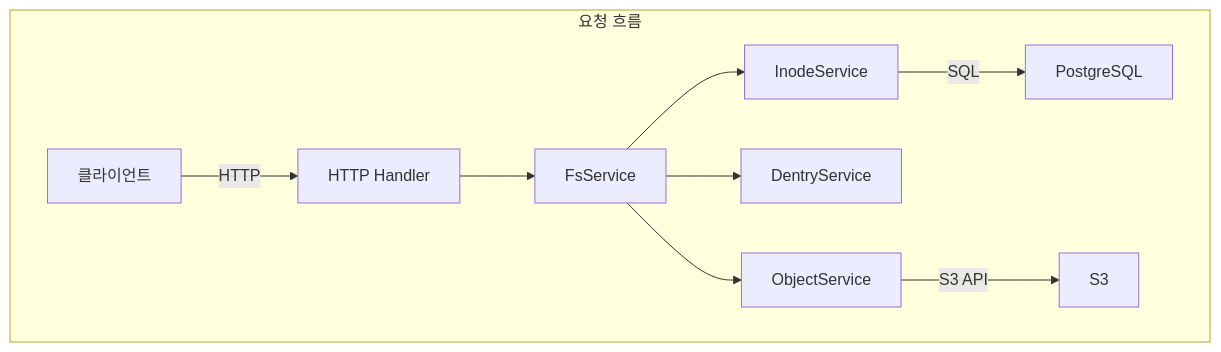
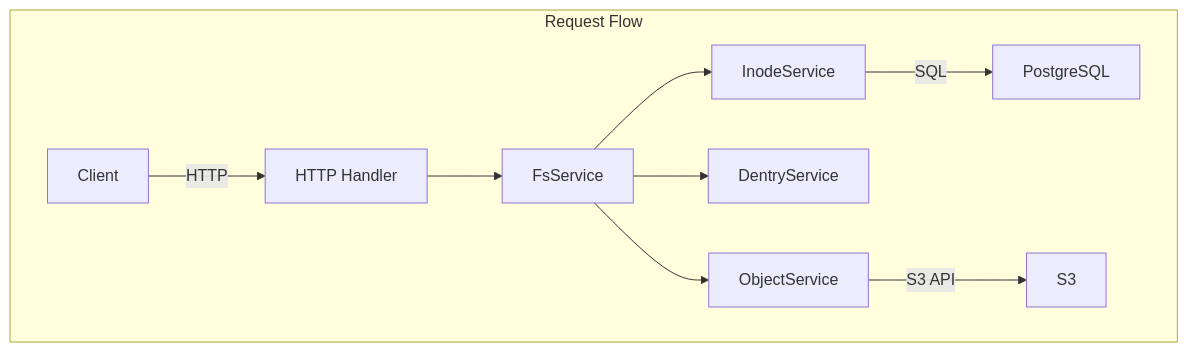
One commit to mandacode-labs/mandacode-devs changed the first of 2 diagrams in src/content/blog/en/retrowin-deep-dive.md. Above: the diagram before and after it, drawn with Mermaid. The commit also changed other lines of this file and 12 other files, not shown here.

````diff
--- a/src/content/blog/en/retrowin-deep-dive.md
+++ b/src/content/blog/en/retrowin-deep-dive.md
@@ -47,12 +28,12 @@
 ```mermaid
 graph TB
-    subgraph "요청 흐름"
-        Client[클라이언트] -- HTTP --> Handler[HTTP Handler]
+    subgraph "Request Flow"
+        Client[Client] -- HTTP --> Handler[HTTP Handler]
         Handler --> FsService[FsService]
         FsService --> InodeService[InodeService]
         FsService --> DentryService[DentryService]
         FsService --> ObjectService[ObjectService]
         InodeService -- SQL --> PostgreSQL
         ObjectService -- S3 API --> S3
     end
 ```
````
